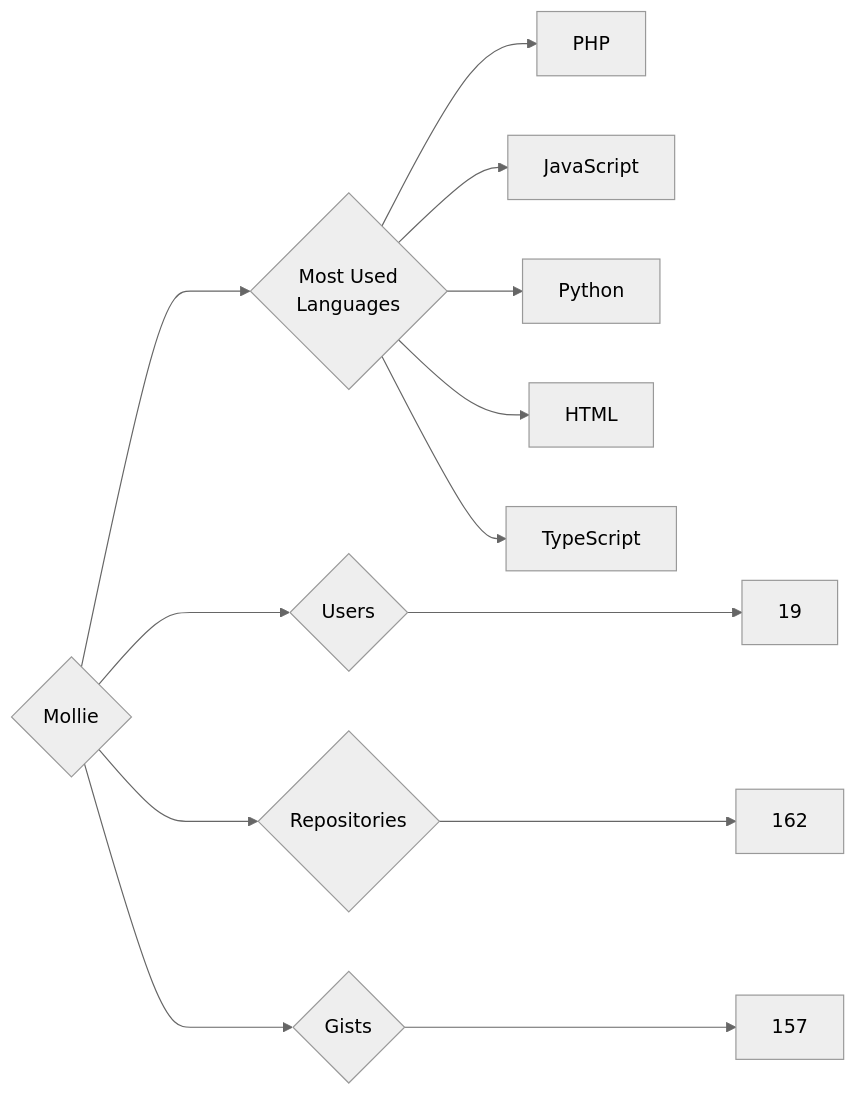
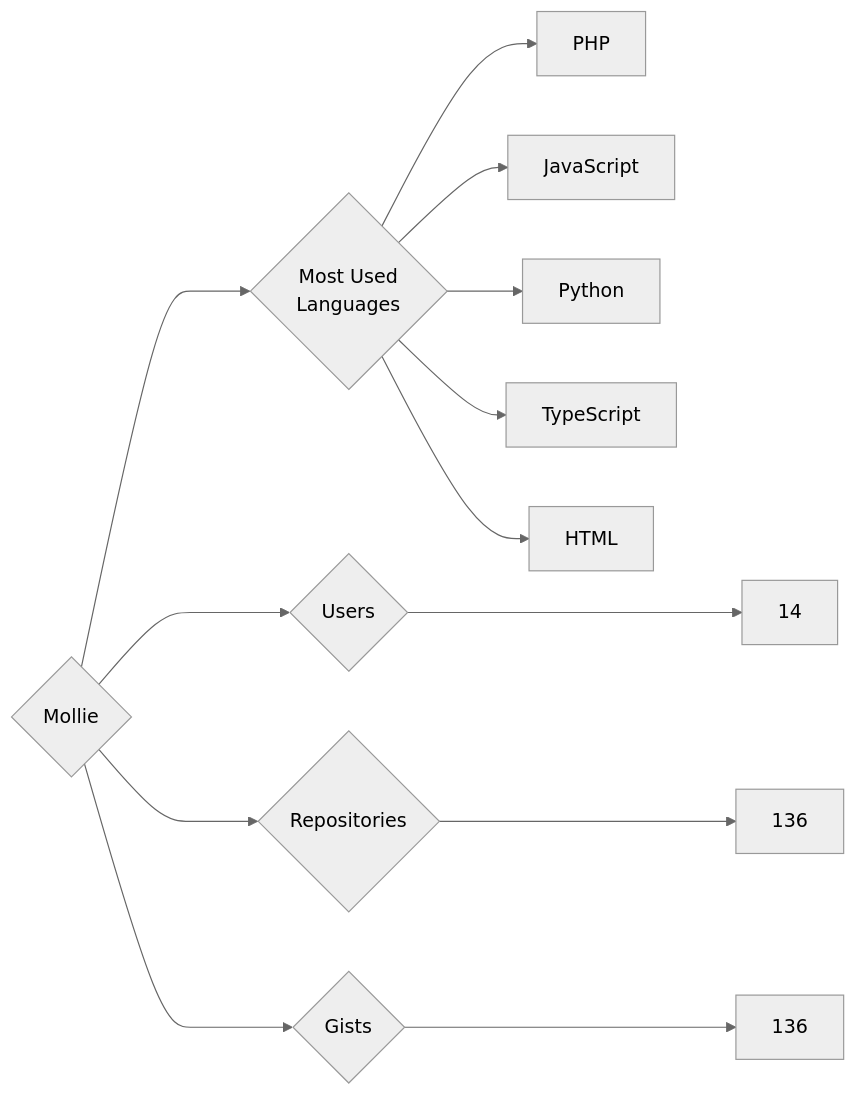
One commit to trickest/insiders changed the diagram in targets/Mollie/README.md. Above: the diagram before and after it, drawn with Mermaid (neutral theme). The commit also changed 970 other files, not shown here.

````diff
--- a/targets/Mollie/README.md
+++ b/targets/Mollie/README.md
@@ -3,13 +3,13 @@
 ```mermaid
 graph LR
 COMPANY_NAME{Mollie}
-COMPANY_NAME ---> U{Users} ---> UN[19]
-COMPANY_NAME ---> R{Repositories} ---> RN[162]
-COMPANY_NAME ---> G{Gists} ---> GN[157]
+COMPANY_NAME ---> U{Users} ---> UN[14]
+COMPANY_NAME ---> R{Repositories} ---> RN[136]
+COMPANY_NAME ---> G{Gists} ---> GN[136]
 COMPANY_NAME ---> ML{Most Used<br>Languages}
 ML --> PHP[PHP]
 ML --> JavaScript[JavaScript]
 ML --> Python[Python]
+ML --> TypeScript[TypeScript]
 ML --> HTML[HTML]
-ML --> TypeScript[TypeScript]
 ```
````
